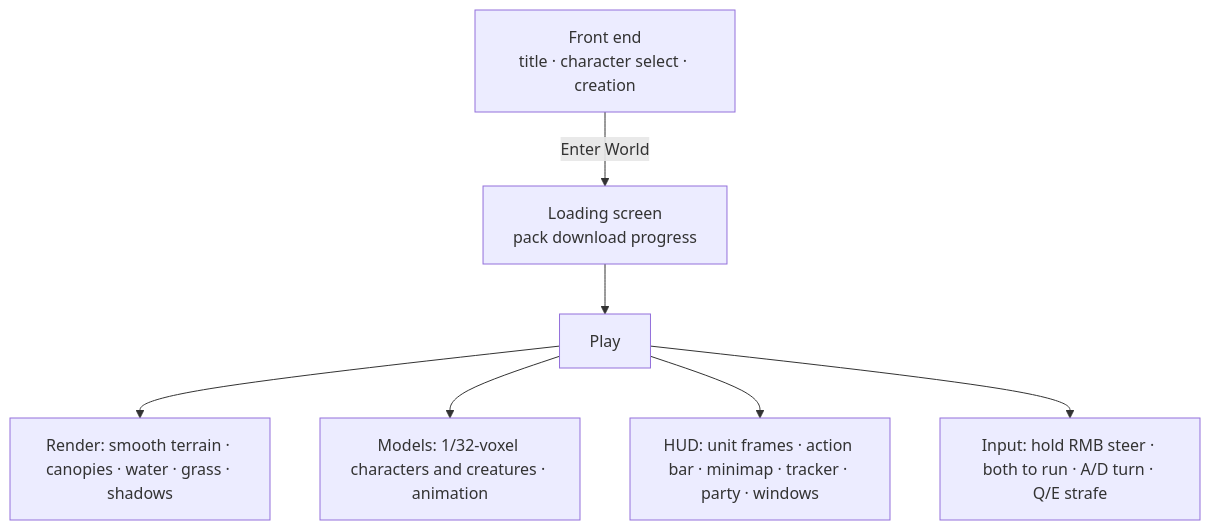
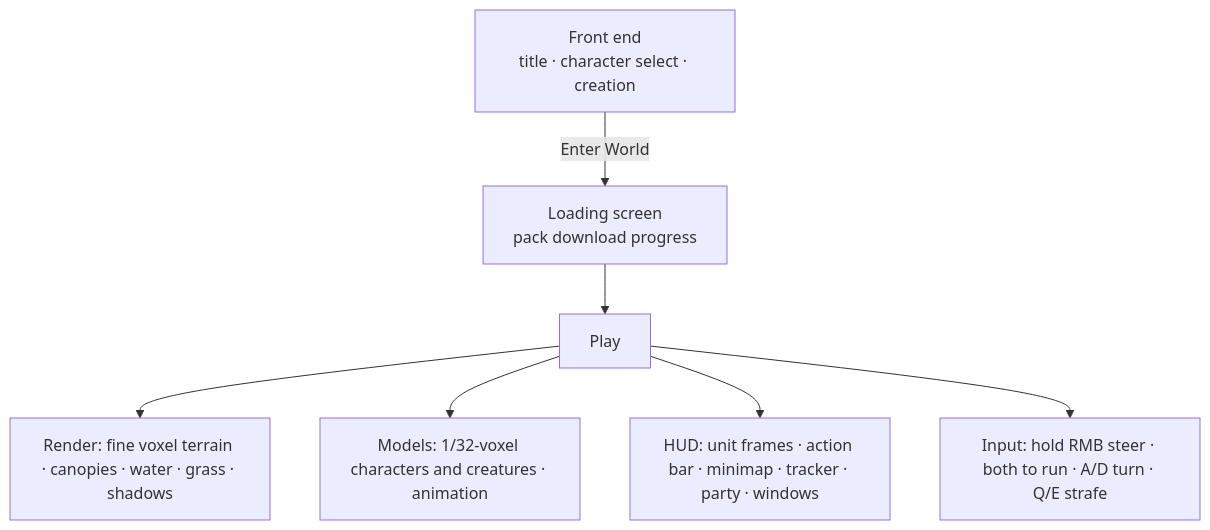
Before and after one commit to mortondev/dyno: the seventh of 8 diagrams in docs/architecture.md, drawn with Mermaid. The commit also changed other lines of this file and 5 other files, not shown here.

Commit message:
Worker test: compare the ground's area (its faces merge by light, which may settle after a section is meshed); docs: decision 5 is fine voxel terrain

````diff
--- a/docs/architecture.md
+++ b/docs/architecture.md
@@ -341,9 +341,9 @@
 ```mermaid
 flowchart TD
   F[Front end<br/>title · character select · creation] -->|Enter World| J[Loading screen<br/>pack download progress]
   J --> P[Play]
-  P --> R[Render: smooth terrain · canopies · water · grass · shadows]
+  P --> R[Render: fine voxel terrain · canopies · water · grass · shadows]
   P --> M[Models: 1/32-voxel characters and creatures · animation]
   P --> U[HUD: unit frames · action bar · minimap · tracker · party · windows]
   P --> I[Input: hold RMB steer · both to run · A/D turn · Q/E strafe]
 ```
````
